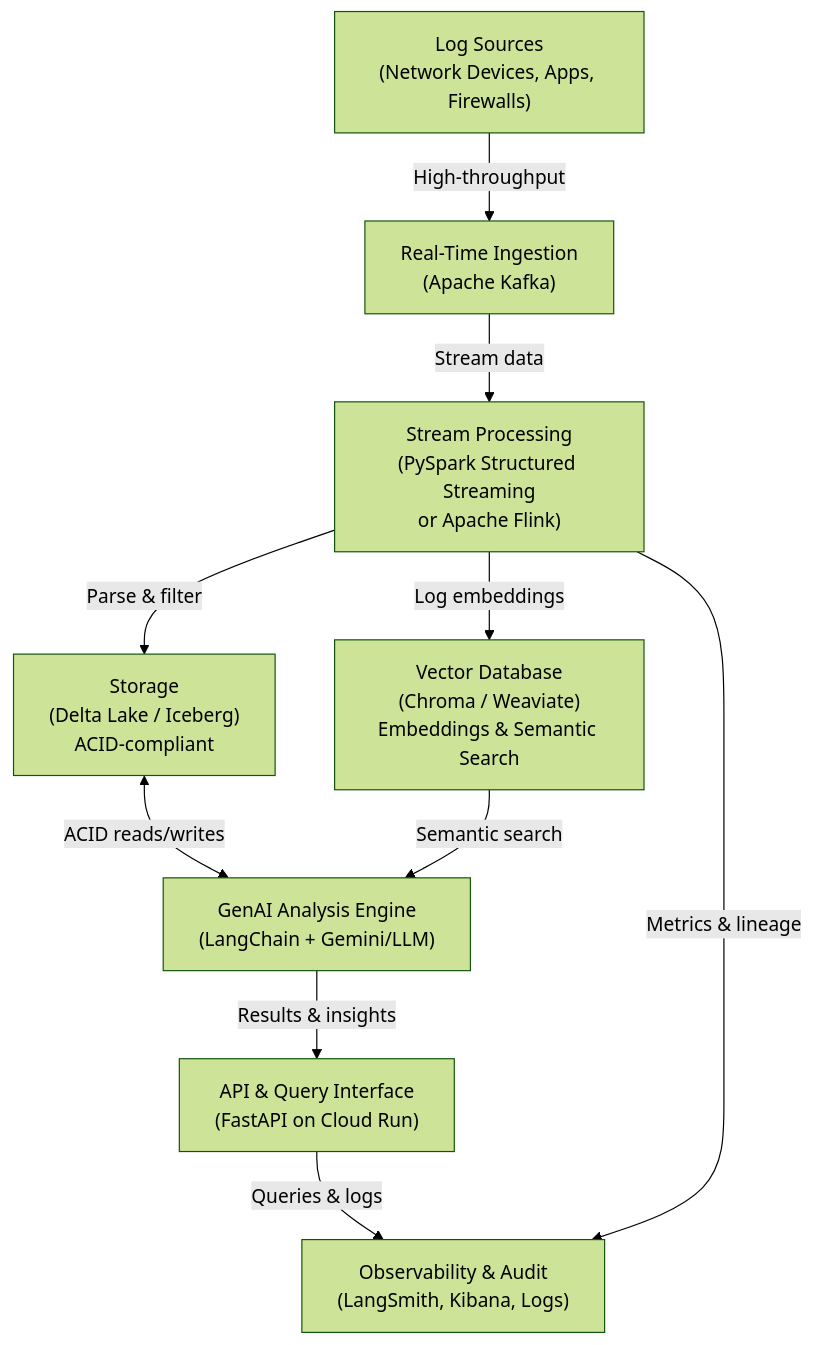
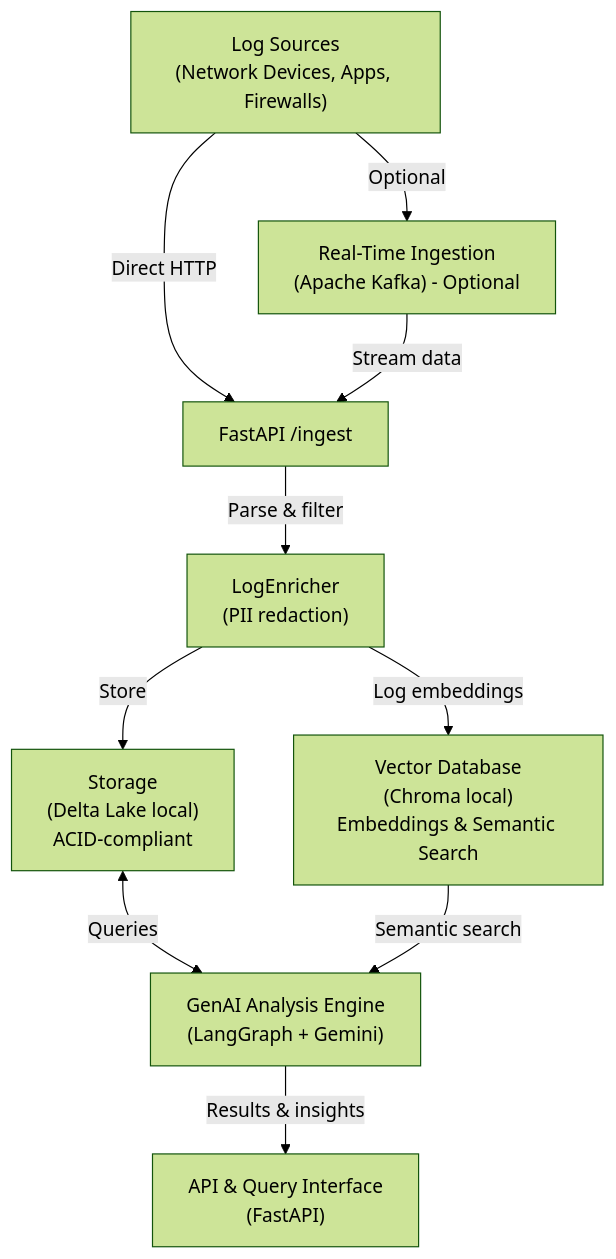
Before and after one commit to dsid271/serverless-genai-log-analyzer: the diagram in README.md, drawn with Mermaid (forest theme). The commit also changed other lines of this file and 2 other files, not shown here.

Commit message:
docs: update compliance checklist, refine architecture diagrams, and detail MVP features in README

````diff
--- a/README.md
+++ b/README.md
@@ -25,21 +25,21 @@
 ```mermaid
 graph TB
     LogSources[" Log Sources<br/>(Network Devices, Apps, Firewalls)"]
-    Kafka[" Real-Time Ingestion<br/>(Apache Kafka)"]
-    StreamProc[" Stream Processing<br/>(PySpark Structured Streaming<br/>or Apache Flink)"]
-    DeltaLake[" Storage<br/>(Delta Lake / Iceberg)<br/>ACID-compliant"]
-    VectorDB[" Vector Database<br/>(Chroma / Weaviate)<br/>Embeddings & Semantic Search"]
-    GenAI[" GenAI Analysis Engine<br/>(LangChain + Gemini/LLM)"]
-    API[" API & Query Interface<br/>(FastAPI on Cloud Run)"]
-    Observability[" Observability & Audit<br/>(LangSmith, Kibana, Logs)"]
+    Kafka[" Real-Time Ingestion<br/>(Apache Kafka) - Optional"]
+    FastAPI[" FastAPI /ingest"]
+    Enricher[" LogEnricher<br/>(PII redaction)"]
+    DeltaLake[" Storage<br/>(Delta Lake local)<br/>ACID-compliant"]
+    VectorDB[" Vector Database<br/>(Chroma local)<br/>Embeddings & Semantic Search"]
+    GenAI[" GenAI Analysis Engine<br/>(LangGraph + Gemini)"]
+    API[" API & Query Interface<br/>(FastAPI)"]
     
-    LogSources -->|High-throughput| Kafka
-    Kafka -->|Stream data| StreamProc
-    StreamProc -->|Parse & filter| DeltaLake
-    StreamProc -->|Log embeddings| VectorDB
-    DeltaLake <-->|ACID reads/writes| GenAI
+    LogSources -->|Optional| Kafka
+    LogSources -->|Direct HTTP| FastAPI
+    Kafka -->|Stream data| FastAPI
+    FastAPI -->|Parse & filter| Enricher
+    Enricher -->|Store| DeltaLake
+    Enricher -->|Log embeddings| VectorDB
+    DeltaLake <-->|Queries| GenAI
     VectorDB -->|Semantic search| GenAI
     GenAI -->|Results & insights| API
-    API -->|Queries & logs| Observability
-    StreamProc -->|Metrics & lineage| Observability
 ```
````
